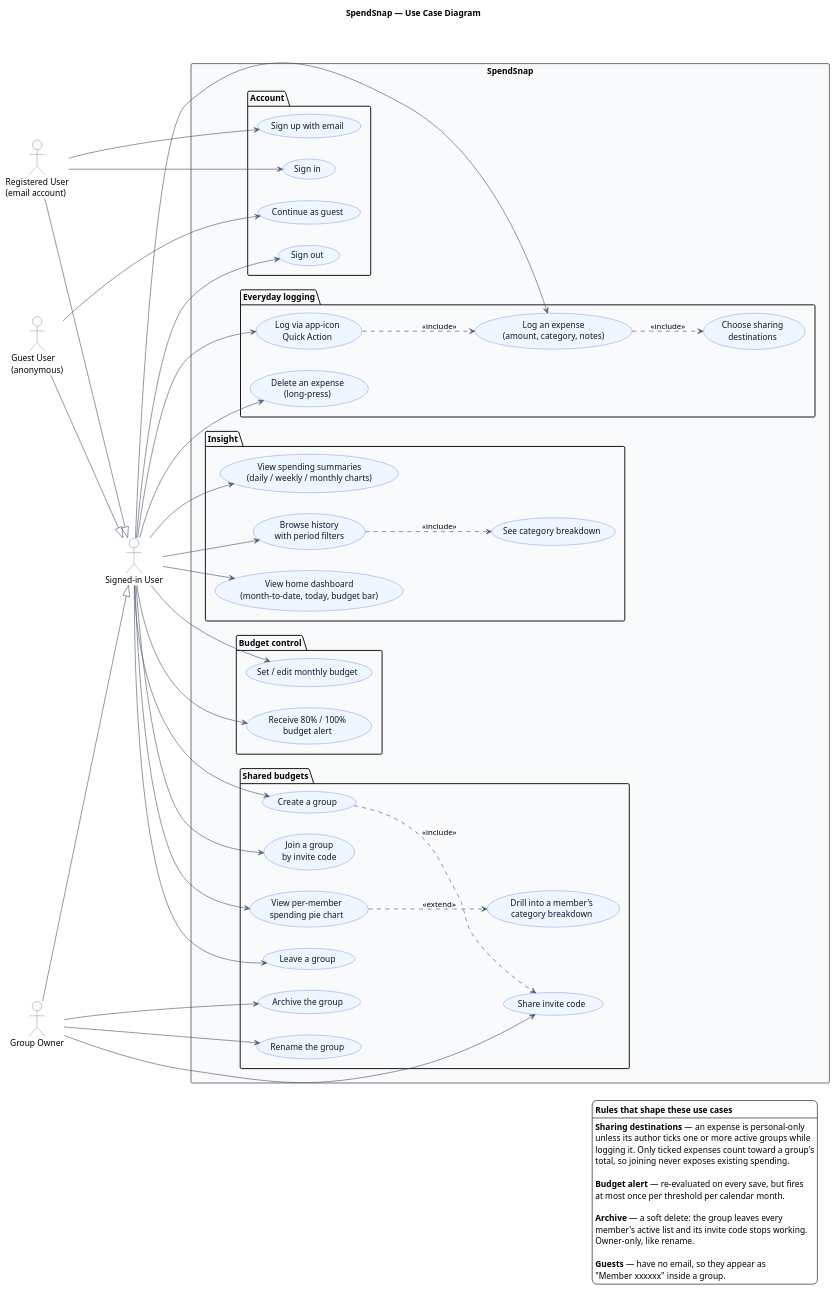
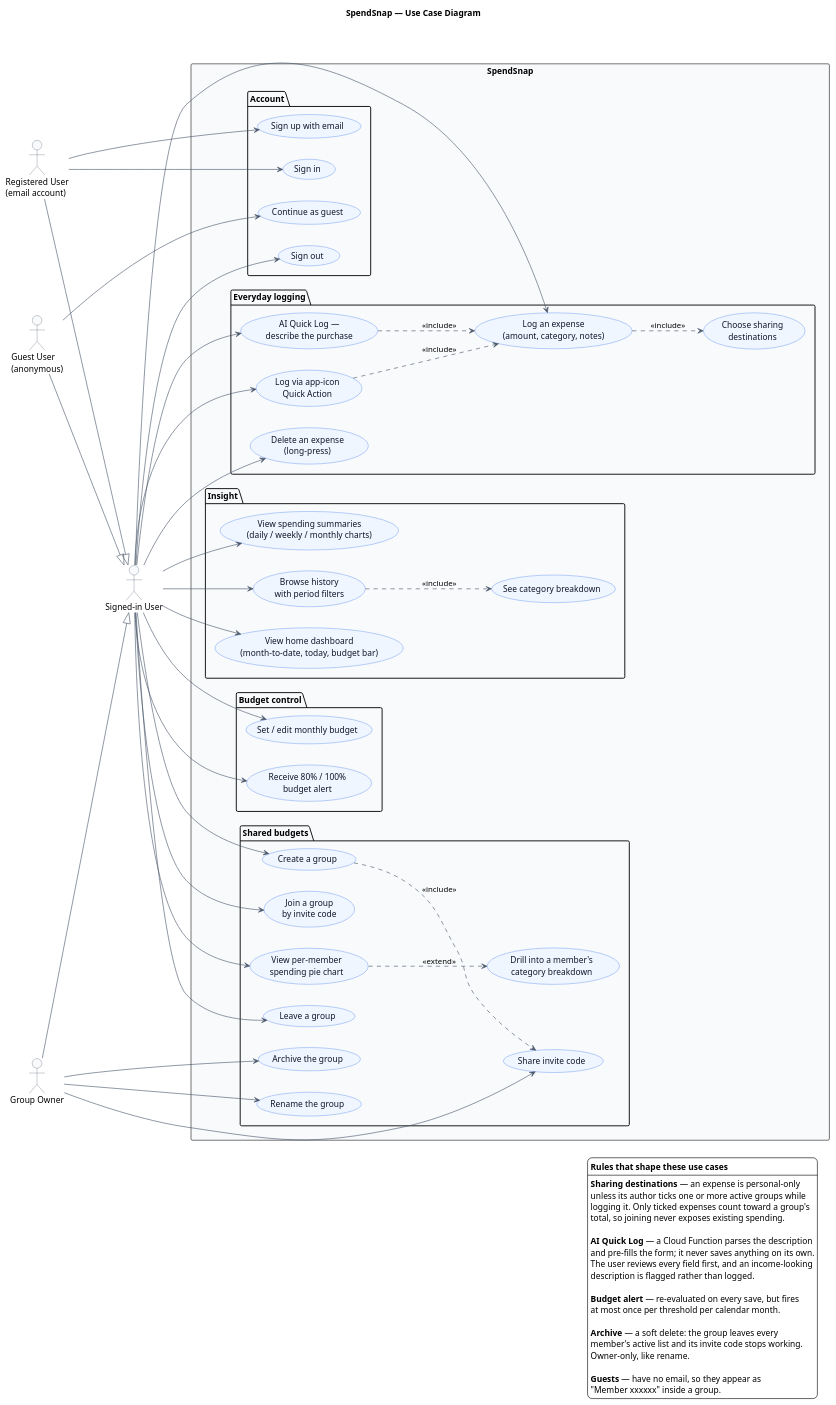
One commit to GeraldFSE/SpendSnap changed the diagram in docs/diagrams/07-use-case.puml. Above: the diagram before and after it, drawn with PlantUML. The commit also changed 18 other files, not shown here.

Commit message:
edited diagrams for feature/ai-quick-log

```diff
--- a/docs/diagrams/07-use-case.puml
+++ b/docs/diagrams/07-use-case.puml
@@ -1,125 +1,133 @@
 @startuml 07-use-case
 ' SpendSnap — Use cases, mapped to the user stories in the README.
 ' Actors are generalised: everything a signed-in user can do sits on the base actor,
 ' and each specialised actor adds only what is unique to it.
 '
 ' Layout notes: an actor association is omitted where an <<include>> already reaches the
 ' use case, and no <<include>> crosses between packages — both drag long edges across the
 ' whole canvas. Anything dropped for that reason is stated in the legend instead.
 
 ' The trailing \n keeps the title clear of the diagram frame, which Smetana
 ' otherwise draws flush against it.
 title SpendSnap — Use Case Diagram\n
 
 skinparam backgroundColor #FFFFFF
 skinparam shadowing false
 skinparam ArrowColor #475569
 skinparam usecase {
   BackgroundColor #EFF6FF
   BorderColor #2563EB
   FontColor #0F172A
 }
 skinparam actor {
   BackgroundColor #F8FAFC
   BorderColor #475569
 }
 left to right direction
 
 actor "Signed-in User" as U
 actor "Registered User\n(email account)" as R
 actor "Guest User\n(anonymous)" as G
 actor "Group Owner" as O
 
 R --|> U
 G --|> U
 O --|> U
 
 rectangle "SpendSnap" #F8FAFC {
 
   package "Account" {
     usecase "Sign up with email" as UC1
     usecase "Sign in" as UC2
     usecase "Continue as guest" as UC3
     usecase "Sign out" as UC4
   }
 
   package "Everyday logging" {
     usecase "Log an expense\n(amount, category, notes)" as UC5
     usecase "Choose sharing\ndestinations" as UC20
+    usecase "AI Quick Log —\ndescribe the purchase" as UC23
     usecase "Log via app-icon\nQuick Action" as UC6
     usecase "Delete an expense\n(long-press)" as UC7
   }
 
   package "Insight" {
     usecase "View home dashboard\n(month-to-date, today, budget bar)" as UC8
     usecase "View spending summaries\n(daily / weekly / monthly charts)" as UC9
     usecase "Browse history\nwith period filters" as UC10
     usecase "See category breakdown" as UC11
   }
 
   package "Budget control" {
     usecase "Set / edit monthly budget" as UC12
     usecase "Receive 80% / 100%\nbudget alert" as UC13
   }
 
   package "Shared budgets" {
     usecase "Create a group" as UC14
     usecase "Join a group\nby invite code" as UC15
     usecase "View per-member\nspending pie chart" as UC16
     usecase "Drill into a member's\ncategory breakdown" as UC17
     usecase "Leave a group" as UC18
     usecase "Share invite code" as UC19
     usecase "Rename the group" as UC21
     usecase "Archive the group" as UC22
   }
 }
 
 ' Anything a signed-in user can do — registered or guest alike.
 U --> UC4
 U --> UC5
 U --> UC6
 U --> UC7
+U --> UC23
 U --> UC8
 U --> UC9
 U --> UC10
 U --> UC12
 U --> UC13
 U --> UC14
 U --> UC15
 U --> UC16
 U --> UC18
 
 ' Only what each specialised actor adds.
 R --> UC1
 R --> UC2
 G --> UC3
 O --> UC19
 O --> UC21
 O --> UC22
 
 UC6 ..> UC5 : <<include>>
+UC23 ..> UC5 : <<include>>
 UC5 ..> UC20 : <<include>>
 UC10 ..> UC11 : <<include>>
 UC14 ..> UC19 : <<include>>
 UC16 ..> UC17 : <<extend>>
 
 legend right
   **Rules that shape these use cases**
   ----
   **Sharing destinations** — an expense is personal-only
   unless its author ticks one or more active groups while
   logging it. Only ticked expenses count toward a group's
   total, so joining never exposes existing spending.
 
+  **AI Quick Log** — a Cloud Function parses the description
+  and pre-fills the form; it never saves anything on its own.
+  The user reviews every field first, and an income-looking
+  description is flagged rather than logged.
+
   **Budget alert** — re-evaluated on every save, but fires
   at most once per threshold per calendar month.
 
   **Archive** — a soft delete: the group leaves every
   member's active list and its invite code stops working.
   Owner-only, like rename.
 
   **Guests** — have no email, so they appear as
   "Member xxxxxx" inside a group.
 endlegend
 
 @enduml
```
